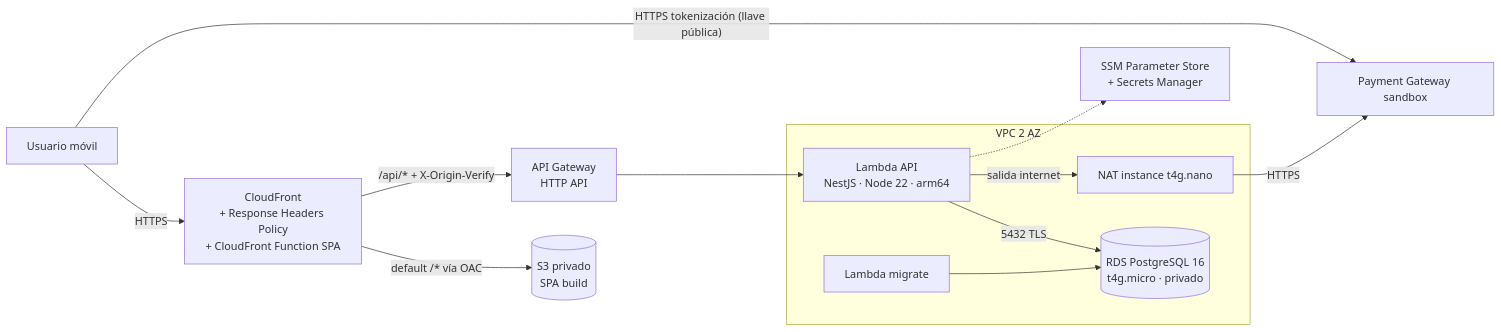
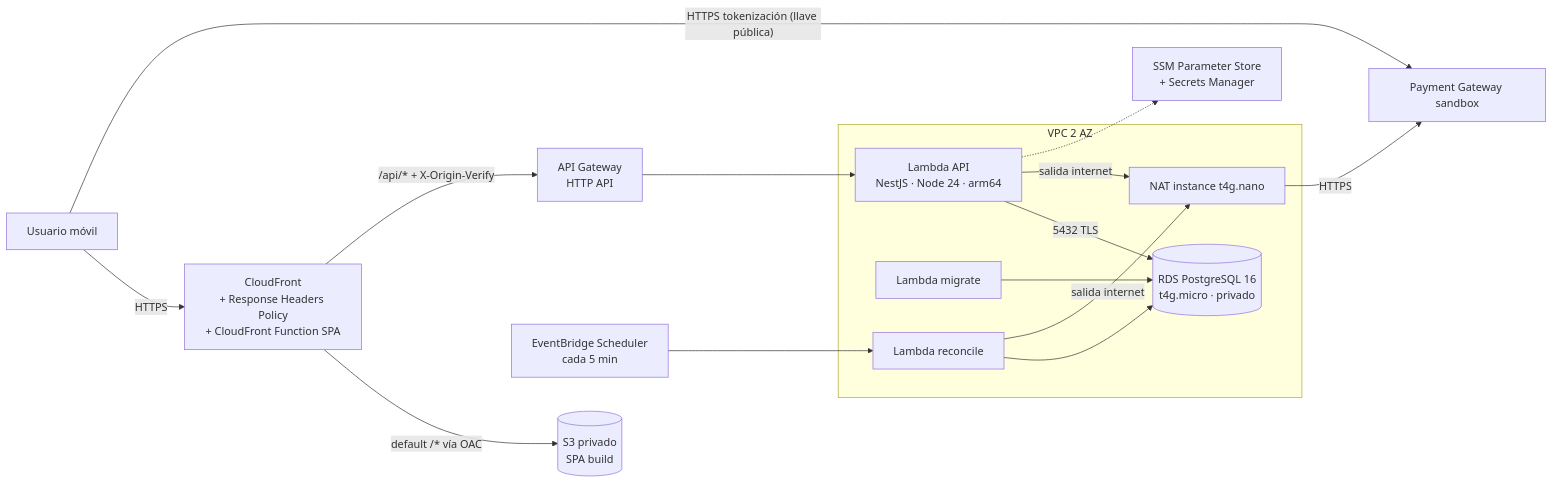
The diagram in docs/specs/spec-cloud.md (sosoriogomez/PaymentFullStack), drawn with Mermaid before and after one commit. The commit also changed other lines of this file and 4 other files, not shown here.

````diff
--- a/docs/specs/spec-cloud.md
+++ b/docs/specs/spec-cloud.md
@@ -17,15 +19,18 @@
 ```mermaid
 flowchart LR
   U[Usuario móvil] -->|HTTPS| CF[CloudFront<br/>+ Response Headers Policy<br/>+ CloudFront Function SPA]
   CF -->|"default /* vía OAC"| S3[(S3 privado<br/>SPA build)]
   CF -->|"/api/* + X-Origin-Verify"| APIGW[API Gateway<br/>HTTP API]
-  APIGW --> L[Lambda API<br/>NestJS · Node 22 · arm64]
+  APIGW --> L[Lambda API<br/>NestJS · Node 24 · arm64]
   subgraph VPC [VPC 2 AZ]
     L -->|5432 TLS| RDS[(RDS PostgreSQL 16<br/>t4g.micro · privado)]
     M[Lambda migrate] --> RDS
+    R[Lambda reconcile] --> RDS
     L -->|salida internet| NAT[NAT instance t4g.nano]
+    R -->|salida internet| NAT
   end
+  SCH[EventBridge Scheduler<br/>cada 5 min] --> R
   NAT -->|HTTPS| PG[Payment Gateway sandbox]
   L -.-> SSM[SSM Parameter Store<br/>+ Secrets Manager]
   U -->|"HTTPS tokenización (llave pública)"| PG
 ```
````
